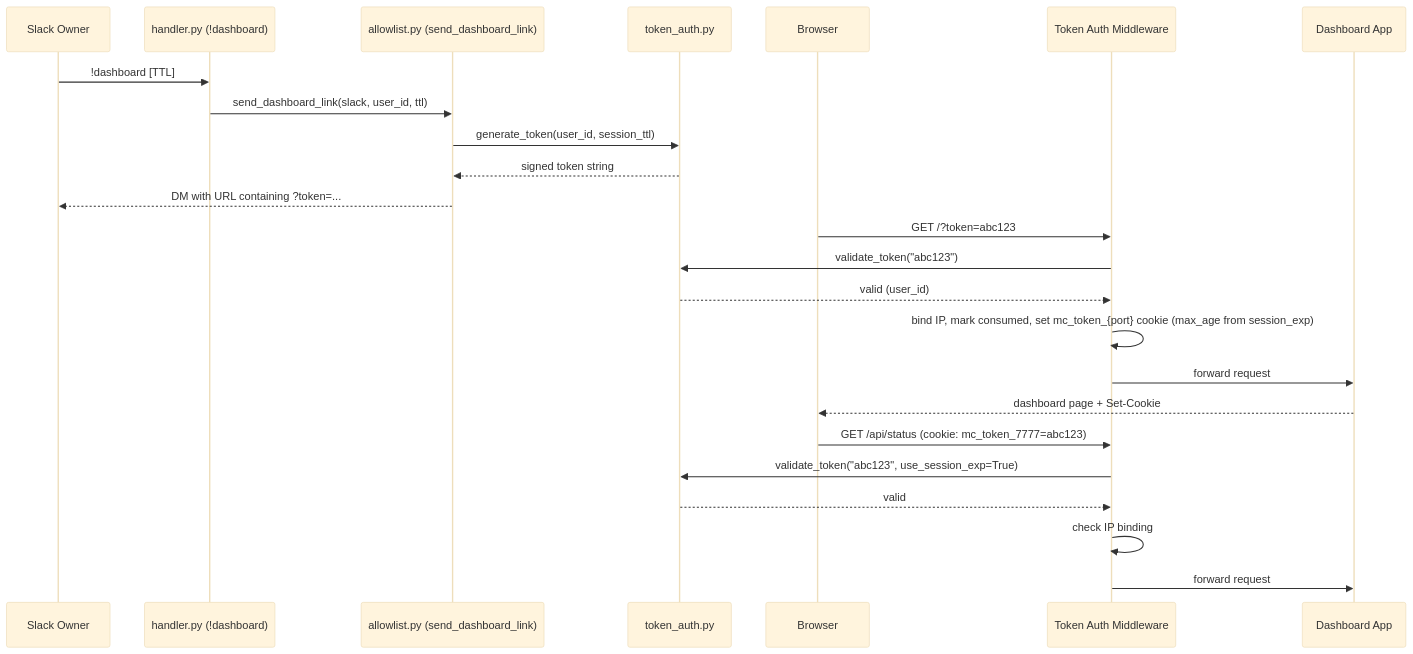
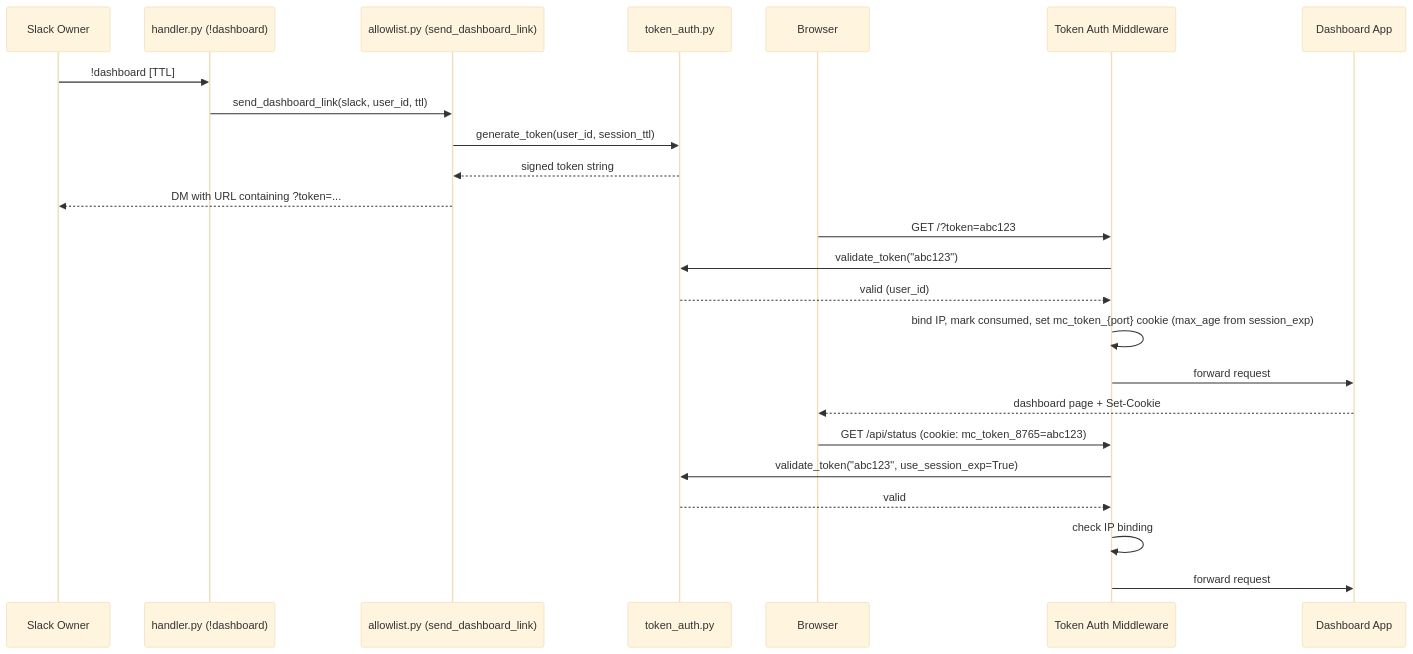
One commit to Arin016/KiroCrew changed the first of 2 diagrams in docs/system-specs/features/dashboard-token-auth.md. Above: the diagram before and after it, drawn with Mermaid (base theme). The commit also changed other lines of this file and 69 other files, not shown here.

````diff
--- a/docs/system-specs/features/dashboard-token-auth.md
+++ b/docs/system-specs/features/dashboard-token-auth.md
@@ -13,29 +13,29 @@
 ```mermaid
 sequenceDiagram
     participant Owner as Slack Owner
     participant Handler as handler.py (!dashboard)
     participant Allowlist as allowlist.py (send_dashboard_link)
     participant TokenGen as token_auth.py
     participant Browser as Browser
     participant MW as Token Auth Middleware
     participant App as Dashboard App
 
     Owner->>Handler: !dashboard [TTL]
     Handler->>Allowlist: send_dashboard_link(slack, user_id, ttl)
     Allowlist->>TokenGen: generate_token(user_id, session_ttl)
     TokenGen-->>Allowlist: signed token string
     Allowlist-->>Owner: DM with URL containing ?token=...
 
     Browser->>MW: GET /?token=abc123
     MW->>TokenGen: validate_token("abc123")
     TokenGen-->>MW: valid (user_id)
     MW->>MW: bind IP, mark consumed, set mc_token_{port} cookie (max_age from session_exp)
     MW->>App: forward request
     App-->>Browser: dashboard page + Set-Cookie
 
-    Browser->>MW: GET /api/status (cookie: mc_token_7777=abc123)
+    Browser->>MW: GET /api/status (cookie: mc_token_8765=abc123)
     MW->>TokenGen: validate_token("abc123", use_session_exp=True)
     TokenGen-->>MW: valid
     MW->>MW: check IP binding
     MW->>App: forward request
 ```
````
